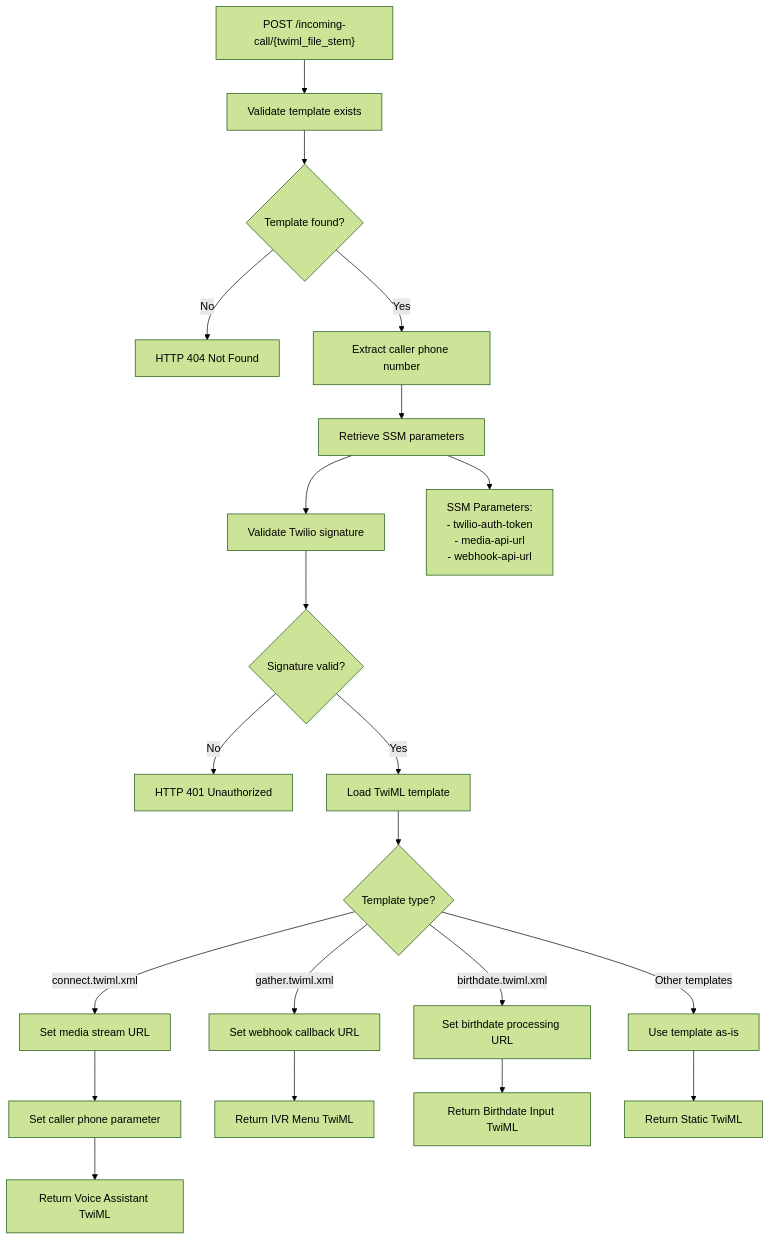
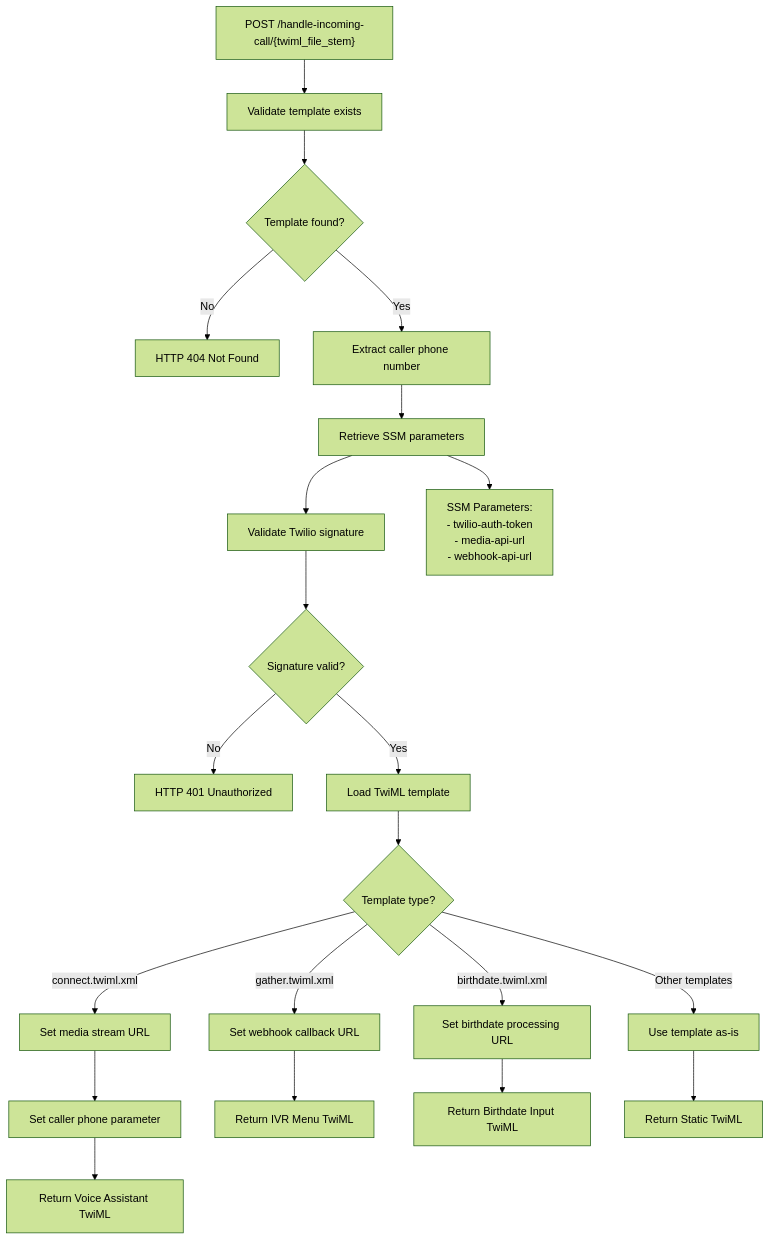
One commit to dceoy/aws-lambda-twilio-webhook changed the fifth of 10 diagrams in docs/api-workflows.md. Above: the diagram before and after it, drawn with Mermaid (forest theme). The commit also changed other lines of this file and 2 other files, not shown here.

````diff
--- a/docs/api-workflows.md
+++ b/docs/api-workflows.md
@@ -44,28 +102,28 @@
 ```mermaid
 flowchart TD
-    A["POST /incoming-call/{twiml_file_stem}"] --> B[Validate template exists]
+    A["POST /handle-incoming-call/{twiml_file_stem}"] --> B[Validate template exists]
     B --> C{Template found?}
     C -->|No| D[HTTP 404 Not Found]
     C -->|Yes| E[Extract caller phone number]
     E --> F[Retrieve SSM parameters]
     F --> G[Validate Twilio signature]
     G --> H{Signature valid?}
     H -->|No| I[HTTP 401 Unauthorized]
     H -->|Yes| J[Load TwiML template]
     J --> K{Template type?}
     
     K -->|connect.twiml.xml| L[Set media stream URL]
     L --> M[Set caller phone parameter]
     M --> N[Return Voice Assistant TwiML]
     
     K -->|gather.twiml.xml| O[Set webhook callback URL]
     O --> P[Return IVR Menu TwiML]
     
     K -->|birthdate.twiml.xml| Q[Set birthdate processing URL]
     Q --> R[Return Birthdate Input TwiML]
     
     K -->|Other templates| S[Use template as-is]
     S --> T[Return Static TwiML]
     
     F --> U[SSM Parameters:<br/>- twilio-auth-token<br/>- media-api-url<br/>- webhook-api-url]
 ```
````
